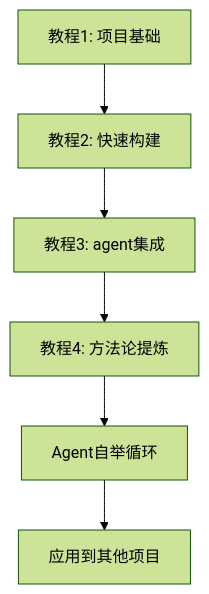
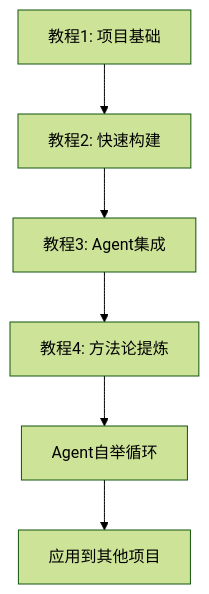
Before and after one commit to live-high/agent-bootstrap-tutorials: the diagram in README.md, drawn with Mermaid (forest theme). The commit also changed other lines of this file and 3 other files, not shown here.

````diff
--- a/README.md
+++ b/README.md
@@ -31,8 +31,8 @@
 ```mermaid
 graph TD
     A[教程1: 项目基础] --> B[教程2: 快速构建]
-    B --> C[教程3: agent集成]
+    B --> C[教程3: Agent集成]
     C --> D[教程4: 方法论提炼]
     D --> E[Agent自举循环]
     E --> F[应用到其他项目]
 ```
````
